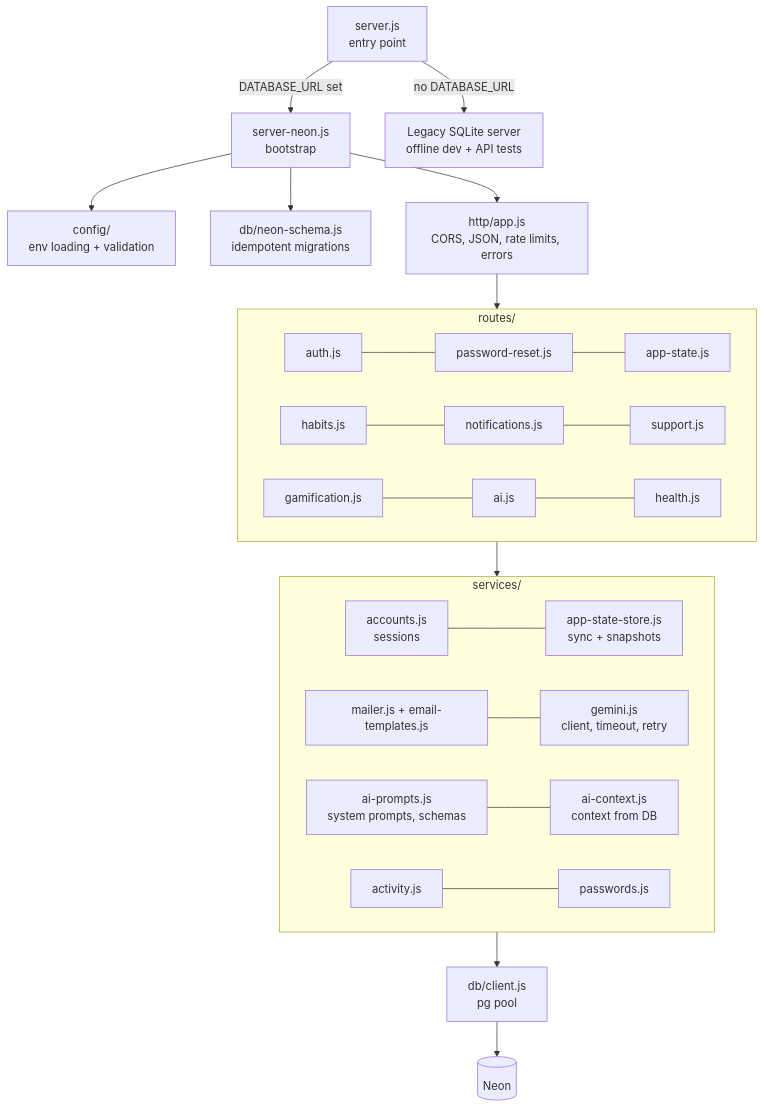
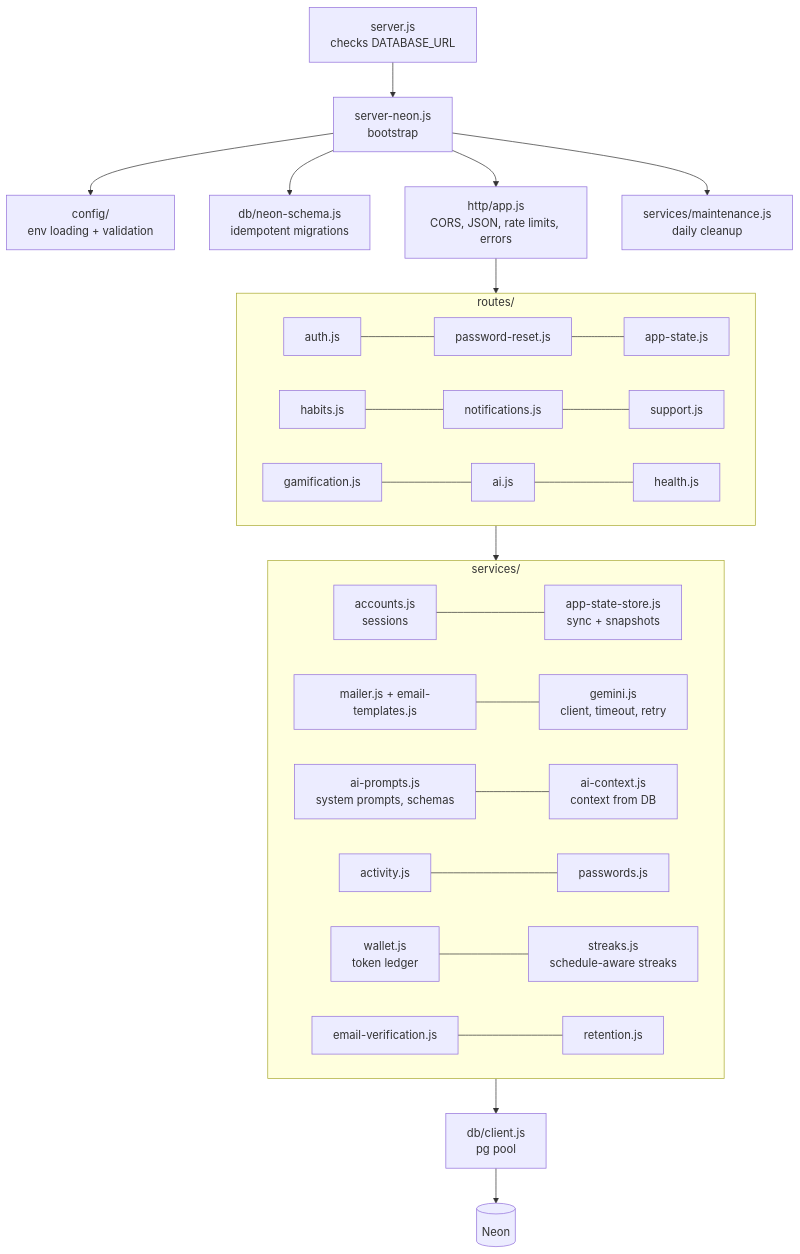
The second of 9 diagrams in ARCHITECTURE.md (nathecruz/Capstone-Project), drawn with Mermaid before and after one commit. The commit also changed other lines of this file and 63 other files, not shown here.

````diff
--- a/ARCHITECTURE.md
+++ b/ARCHITECTURE.md
@@ -47,26 +47,28 @@
 ```mermaid
 flowchart TB
-  entry[server.js<br/>entry point] -->|DATABASE_URL set| neon[server-neon.js<br/>bootstrap]
-  entry -->|no DATABASE_URL| sqlite[Legacy SQLite server<br/>offline dev + API tests]
+  entry[server.js<br/>checks DATABASE_URL] --> neon[server-neon.js<br/>bootstrap]
   neon --> config[config/<br/>env loading + validation]
   neon --> schema[db/neon-schema.js<br/>idempotent migrations]
   neon --> app[http/app.js<br/>CORS, JSON, rate limits, errors]
+  neon --> maint[services/maintenance.js<br/>daily cleanup]
   app --> routes
 
   subgraph routes[routes/]
     auth[auth.js] --- reset[password-reset.js] --- state[app-state.js]
     habits[habits.js] --- notif[notifications.js] --- support[support.js]
     game[gamification.js] --- ai[ai.js] --- health[health.js]
   end
 
   routes --> services
   subgraph services[services/]
     accounts[accounts.js<br/>sessions] --- store[app-state-store.js<br/>sync + snapshots]
     mailer[mailer.js + email-templates.js] --- gem[gemini.js<br/>client, timeout, retry]
     prompts[ai-prompts.js<br/>system prompts, schemas] --- ctx[ai-context.js<br/>context from DB]
     activity[activity.js] --- pw[passwords.js]
+    wallet[wallet.js<br/>token ledger] --- streaks[streaks.js<br/>schedule-aware streaks]
+    verify[email-verification.js] --- retention[retention.js]
   end
 
   services --> client[db/client.js<br/>pg pool]
   client --> db[(Neon)]
 ```
````
